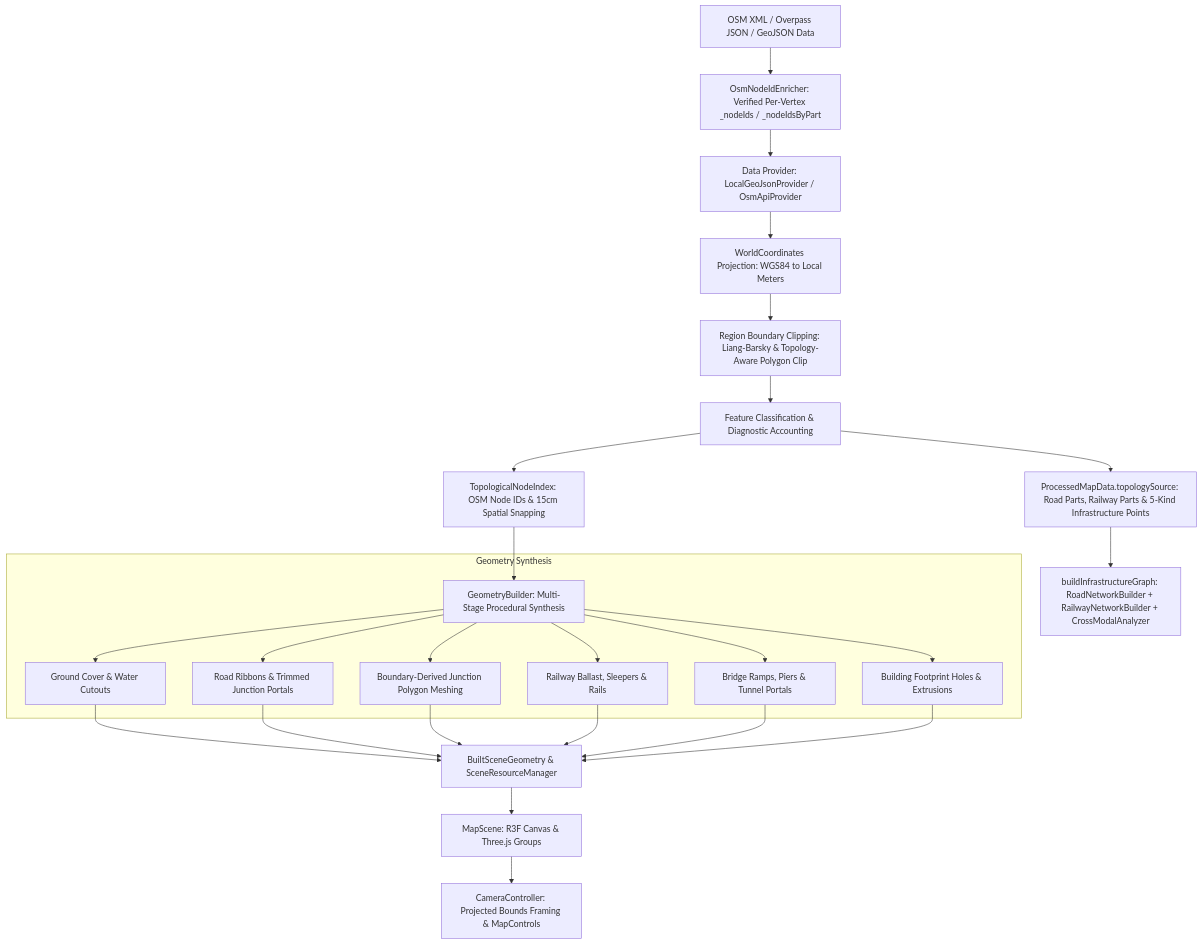
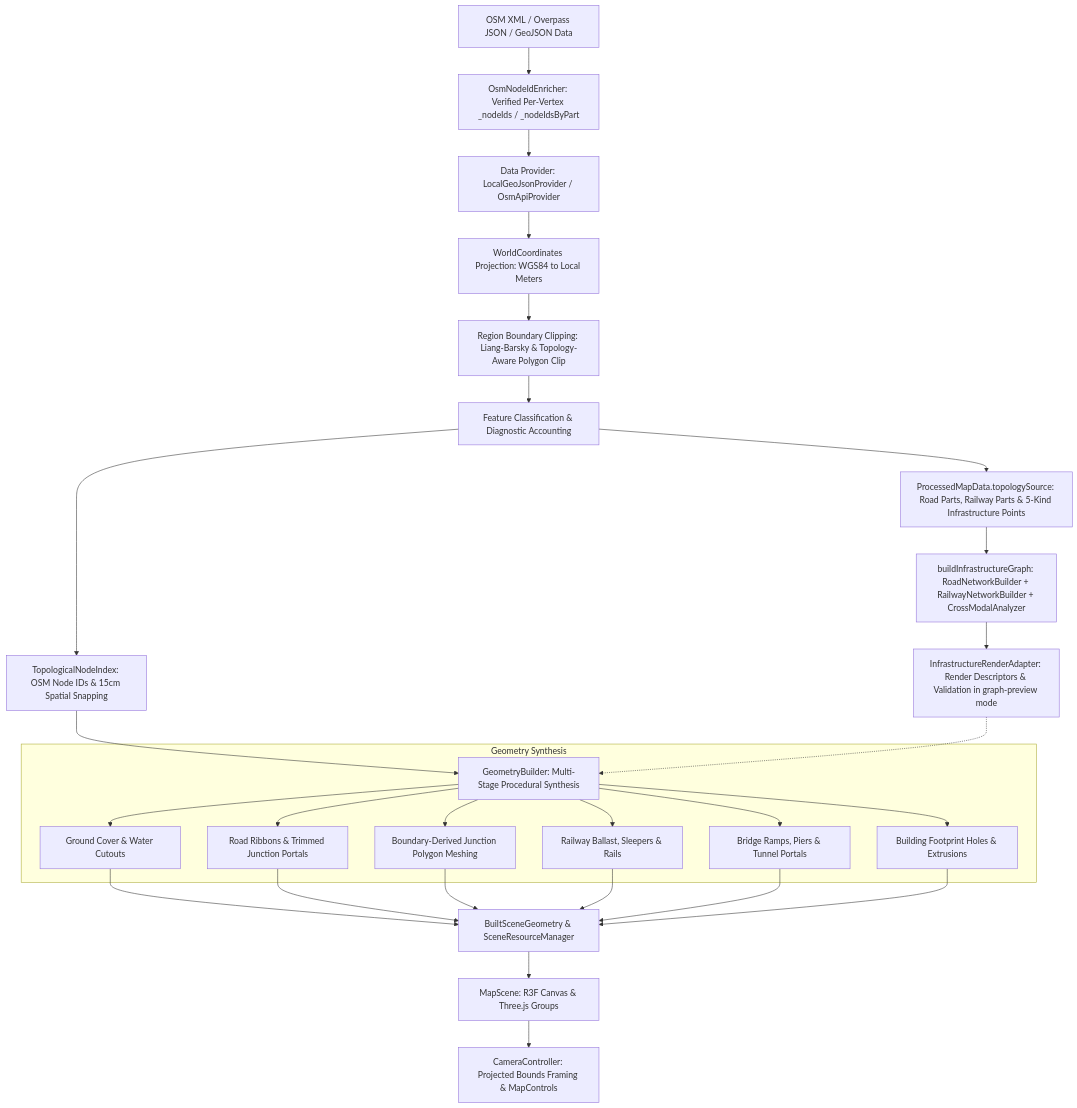
Before and after one commit to Video-S/OSM-Renderer: the diagram in docs/architecture.md, drawn with Mermaid. The commit also changed other lines of this file and 61 other files, not shown here.

First line of the commit message:
docs: update roadmap and API reference for M2.3-E1

````diff
--- a/docs/architecture.md
+++ b/docs/architecture.md
@@ -36,26 +37,28 @@
 ```mermaid
 flowchart TD
     A[OSM XML / Overpass JSON / GeoJSON Data] --> A1[OsmNodeIdEnricher: Verified Per-Vertex _nodeIds / _nodeIdsByPart]
     A1 --> B[Data Provider: LocalGeoJsonProvider / OsmApiProvider]
     B --> C[WorldCoordinates Projection: WGS84 to Local Meters]
     C --> D[Region Boundary Clipping: Liang-Barsky & Topology-Aware Polygon Clip]
     D --> E[Feature Classification & Diagnostic Accounting]
     E --> E1[ProcessedMapData.topologySource: Road Parts, Railway Parts & 5-Kind Infrastructure Points]
     E1 --> E2[buildInfrastructureGraph: RoadNetworkBuilder + RailwayNetworkBuilder + CrossModalAnalyzer]
+    E2 --> E3[InfrastructureRenderAdapter: Render Descriptors & Validation in graph-preview mode]
     E --> F[TopologicalNodeIndex: OSM Node IDs & 15cm Spatial Snapping]
     F --> G[GeometryBuilder: Multi-Stage Procedural Synthesis]
+    E3 -.-> G
     
     subgraph Geometry Synthesis
         G1[Ground Cover & Water Cutouts]
         G2[Road Ribbons & Trimmed Junction Portals]
         G3[Boundary-Derived Junction Polygon Meshing]
         G4[Railway Ballast, Sleepers & Rails]
         G5[Bridge Ramps, Piers & Tunnel Portals]
         G6[Building Footprint Holes & Extrusions]
         G --> G1 & G2 & G3 & G4 & G5 & G6
     end
 
     G1 & G2 & G3 & G4 & G5 & G6 --> H[BuiltSceneGeometry & SceneResourceManager]
     H --> I[MapScene: R3F Canvas & Three.js Groups]
     I --> J[CameraController: Projected Bounds Framing & MapControls]
 ```
````
